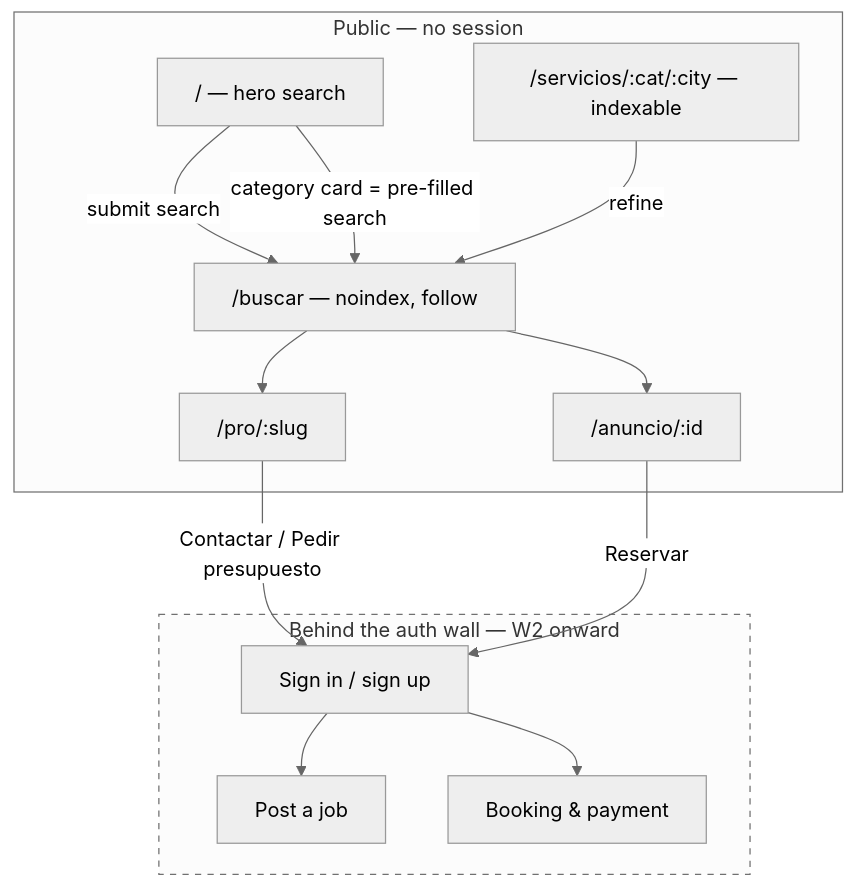
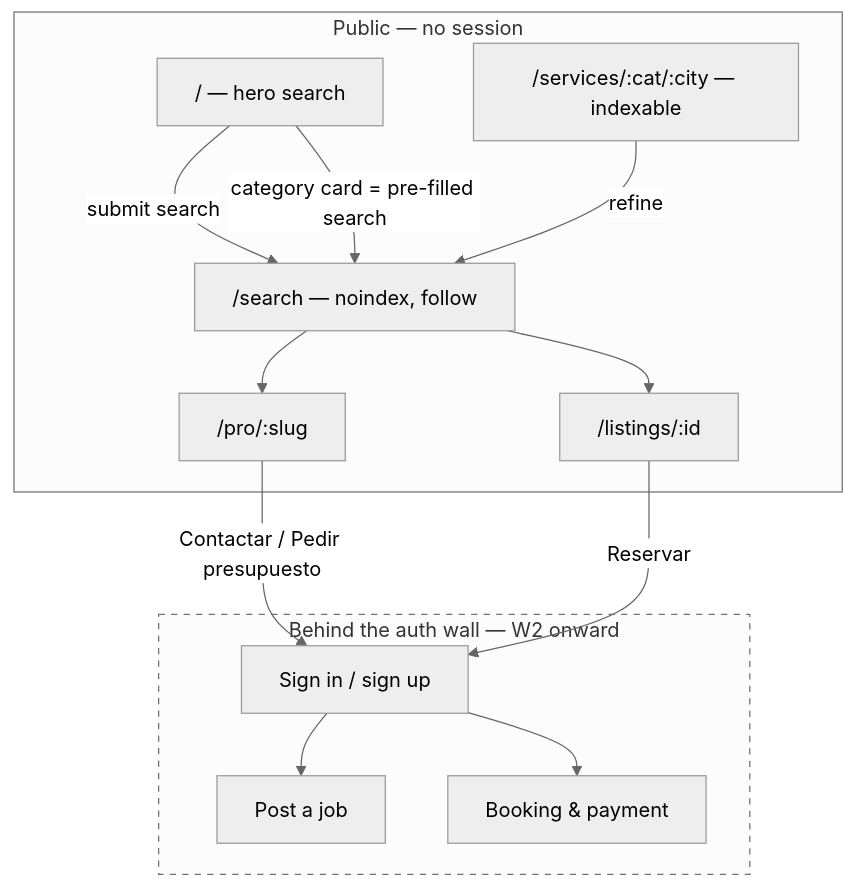
The second of 3 diagrams in docs/adr/ADR-011-web-application-architecture.md (mastrobardo/marketplace), drawn with Mermaid (neutral theme) before and after one commit. The commit also changed other lines of this file and 32 other files, not shown here.

````diff
--- a/docs/adr/ADR-011-web-application-architecture.md
+++ b/docs/adr/ADR-011-web-application-architecture.md
@@ -167,27 +168,27 @@
 ```mermaid
 flowchart TD
     subgraph Public["Public — no session"]
         Home["/ — hero search"]
-        Landing["/servicios/:cat/:city — indexable"]
-        Results["/buscar — noindex, follow"]
+        Landing["/services/:cat/:city — indexable"]
+        Results["/search — noindex, follow"]
         Provider["/pro/:slug"]
-        Listing["/anuncio/:id"]
+        Listing["/listings/:id"]
     end
     subgraph Gated["Behind the auth wall — W2 onward"]
         Auth["Sign in / sign up"]
         Post["Post a job"]
         Booking["Booking & payment"]
     end
 
     Home -->|submit search| Results
     Home -->|category card = pre-filled search| Results
     Landing -->|refine| Results
     Results --> Provider
     Results --> Listing
     Provider -->|"Contactar / Pedir presupuesto"| Auth
     Listing -->|"Reservar"| Auth
     Auth --> Post
     Auth --> Booking
 
     style Gated stroke-dasharray: 5 5
 ```
````
